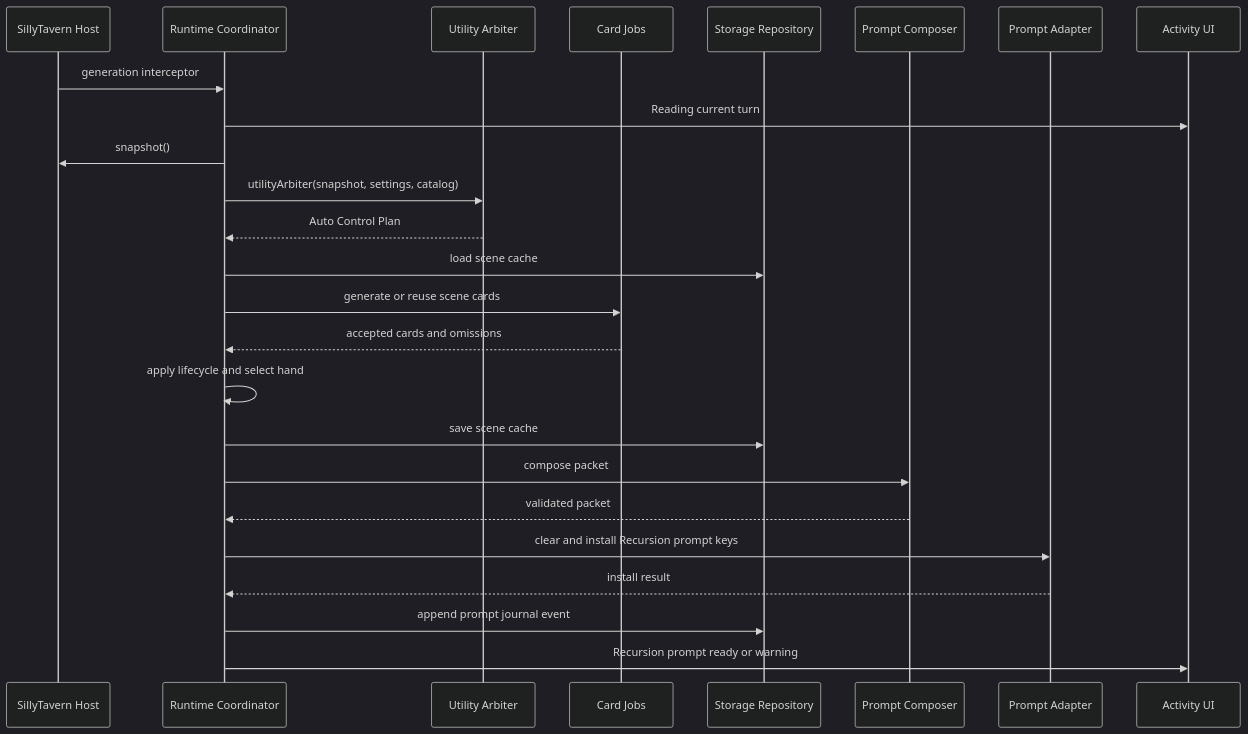
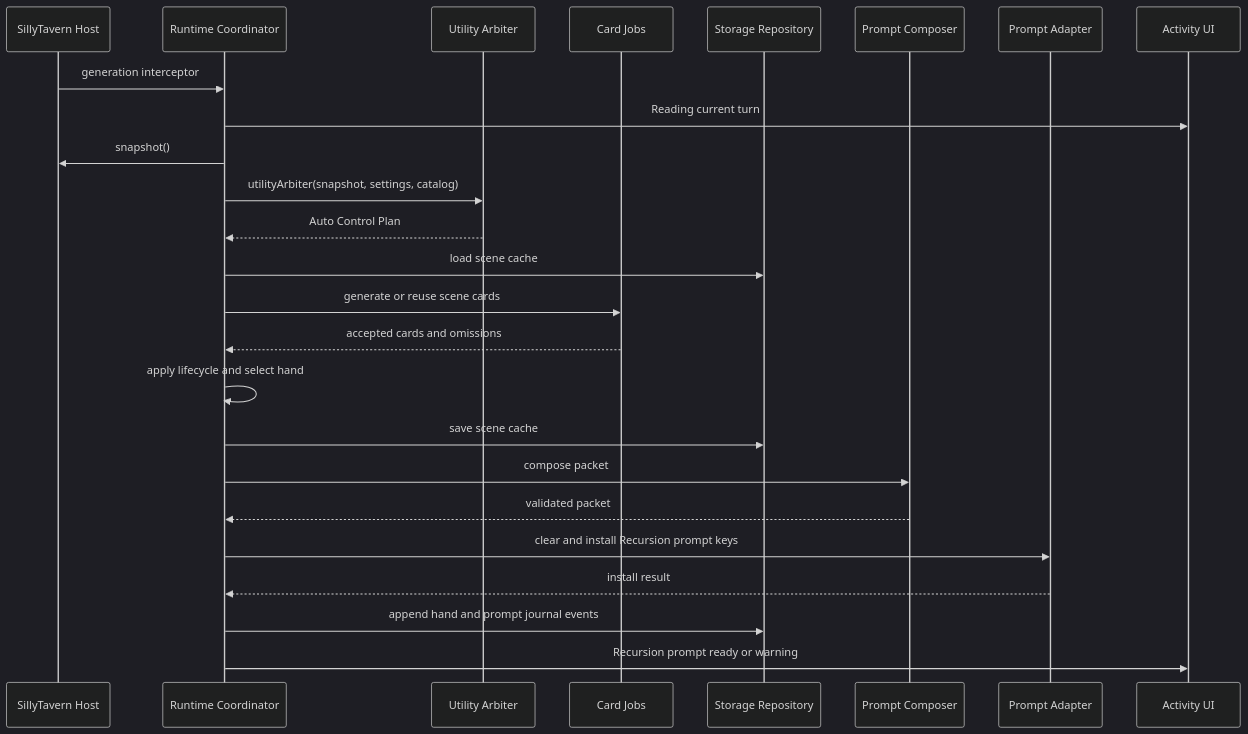
The first of 2 diagrams in docs/technical/RUNTIME_TURN_SEQUENCE.md (MentallyQuill/Recursion), drawn with Mermaid (dark theme) before and after one commit. The commit also changed other lines of this file and 5 other files, not shown here.

````diff
--- a/docs/technical/RUNTIME_TURN_SEQUENCE.md
+++ b/docs/technical/RUNTIME_TURN_SEQUENCE.md
@@ -15,28 +15,28 @@
 ```mermaid
 sequenceDiagram
     participant Host as SillyTavern Host
     participant Runtime as Runtime Coordinator
     participant Utility as Utility Arbiter
     participant Cards as Card Jobs
     participant Storage as Storage Repository
     participant Prompt as Prompt Composer
     participant Adapter as Prompt Adapter
     participant UI as Activity UI
 
     Host->>Runtime: generation interceptor
     Runtime->>UI: Reading current turn
     Runtime->>Host: snapshot()
     Runtime->>Utility: utilityArbiter(snapshot, settings, catalog)
     Utility-->>Runtime: Auto Control Plan
     Runtime->>Storage: load scene cache
     Runtime->>Cards: generate or reuse scene cards
     Cards-->>Runtime: accepted cards and omissions
     Runtime->>Runtime: apply lifecycle and select hand
     Runtime->>Storage: save scene cache
     Runtime->>Prompt: compose packet
     Prompt-->>Runtime: validated packet
     Runtime->>Adapter: clear and install Recursion prompt keys
     Adapter-->>Runtime: install result
-    Runtime->>Storage: append prompt journal event
+    Runtime->>Storage: append hand and prompt journal events
     Runtime->>UI: Recursion prompt ready or warning
 ```
````
